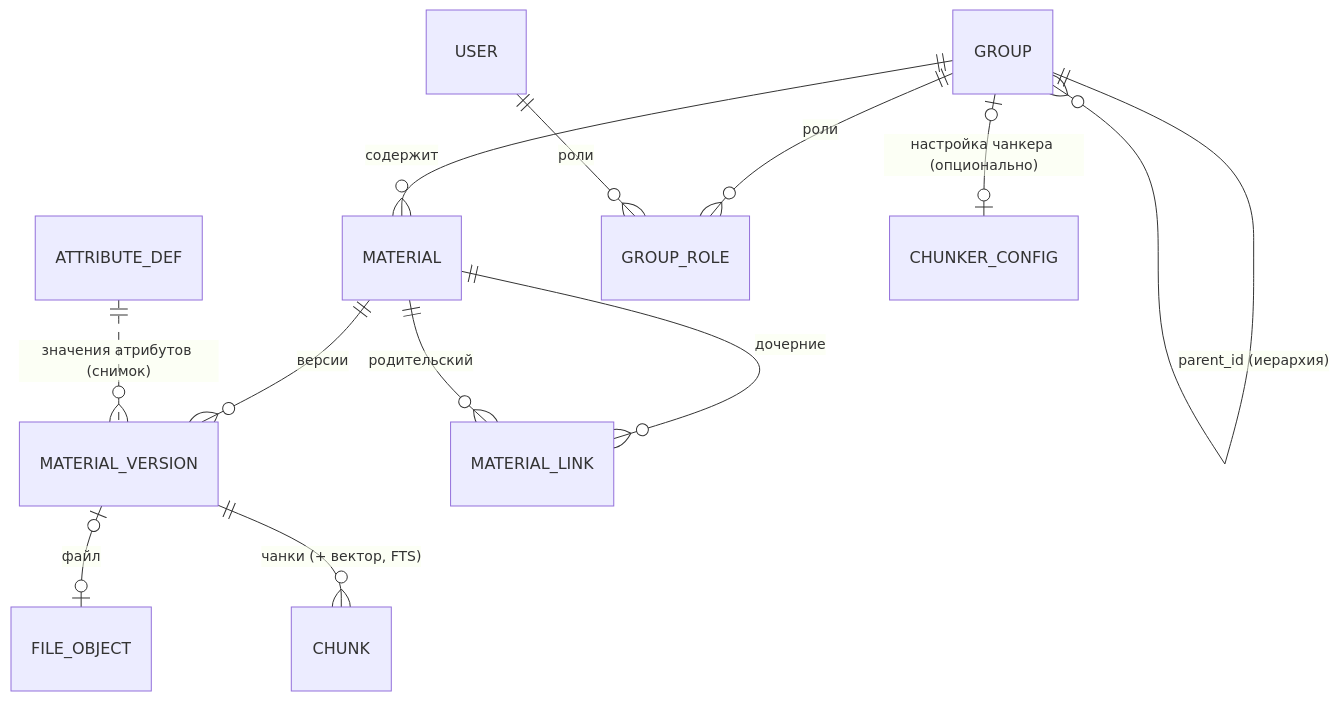
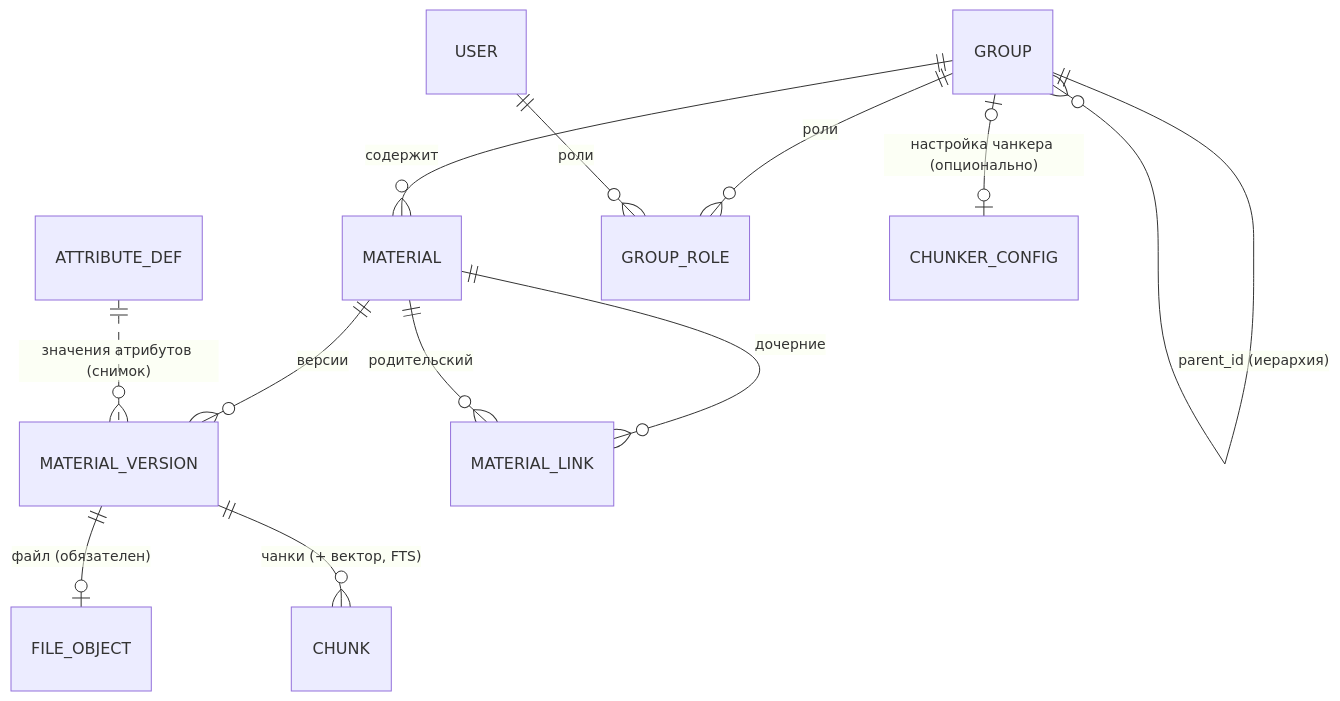
Before and after one commit to Alozar91/vibe-kb: the second of 3 diagrams in docs/concept.md, drawn with Mermaid. The commit also changed other lines of this file and 1 other file, not shown here.

````diff
--- a/docs/concept.md
+++ b/docs/concept.md
@@ -86,14 +94,14 @@
 ```mermaid
 erDiagram
     GROUP ||--o{ GROUP : "parent_id (иерархия)"
     GROUP ||--o{ MATERIAL : "содержит"
     MATERIAL ||--o{ MATERIAL_VERSION : "версии"
-    MATERIAL_VERSION |o--o| FILE_OBJECT : "файл"
+    MATERIAL_VERSION ||--o| FILE_OBJECT : "файл (обязателен)"
     MATERIAL_VERSION ||--o{ CHUNK : "чанки (+ вектор, FTS)"
     MATERIAL ||--o{ MATERIAL_LINK : "дочерние"
     MATERIAL ||--o{ MATERIAL_LINK : "родительский"
     ATTRIBUTE_DEF ||..o{ MATERIAL_VERSION : "значения атрибутов (снимок)"
     GROUP ||--o{ GROUP_ROLE : "роли"
     USER ||--o{ GROUP_ROLE : "роли"
     GROUP |o--o| CHUNKER_CONFIG : "настройка чанкера (опционально)"
 ```
````
